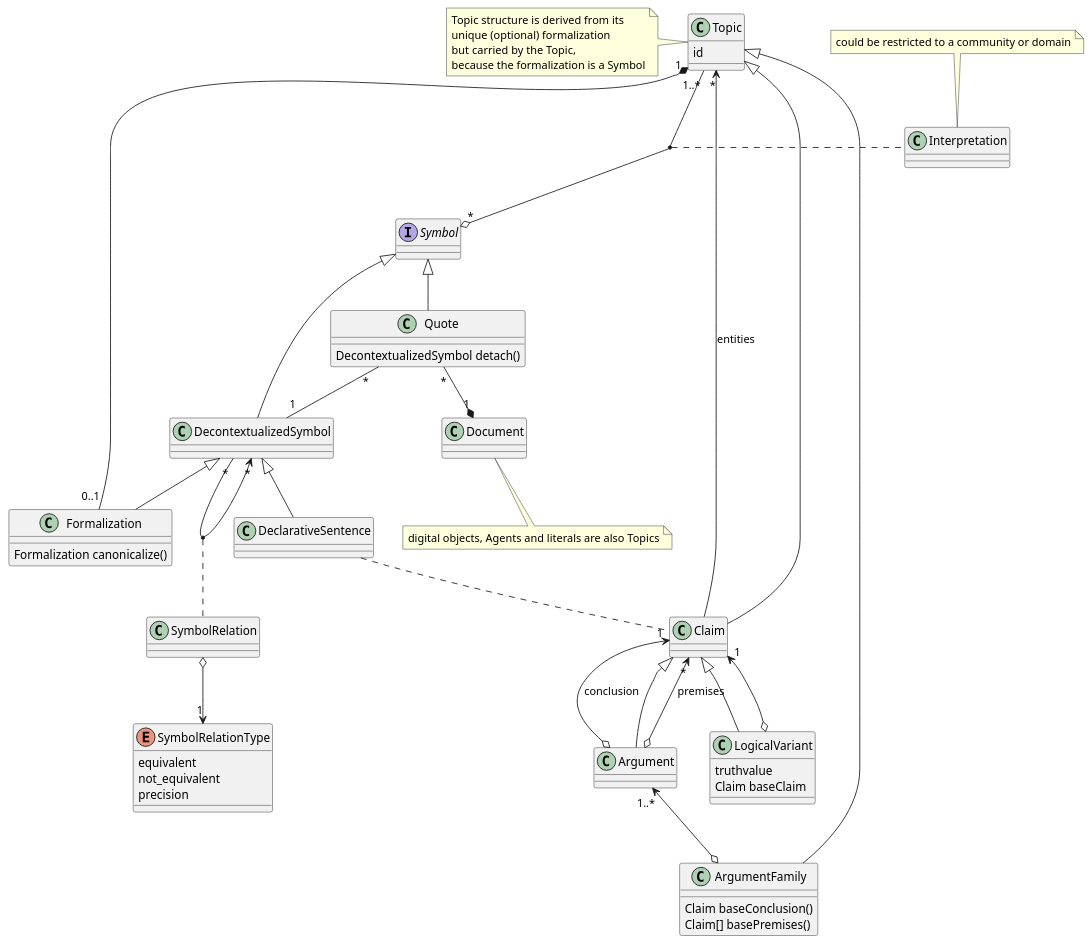
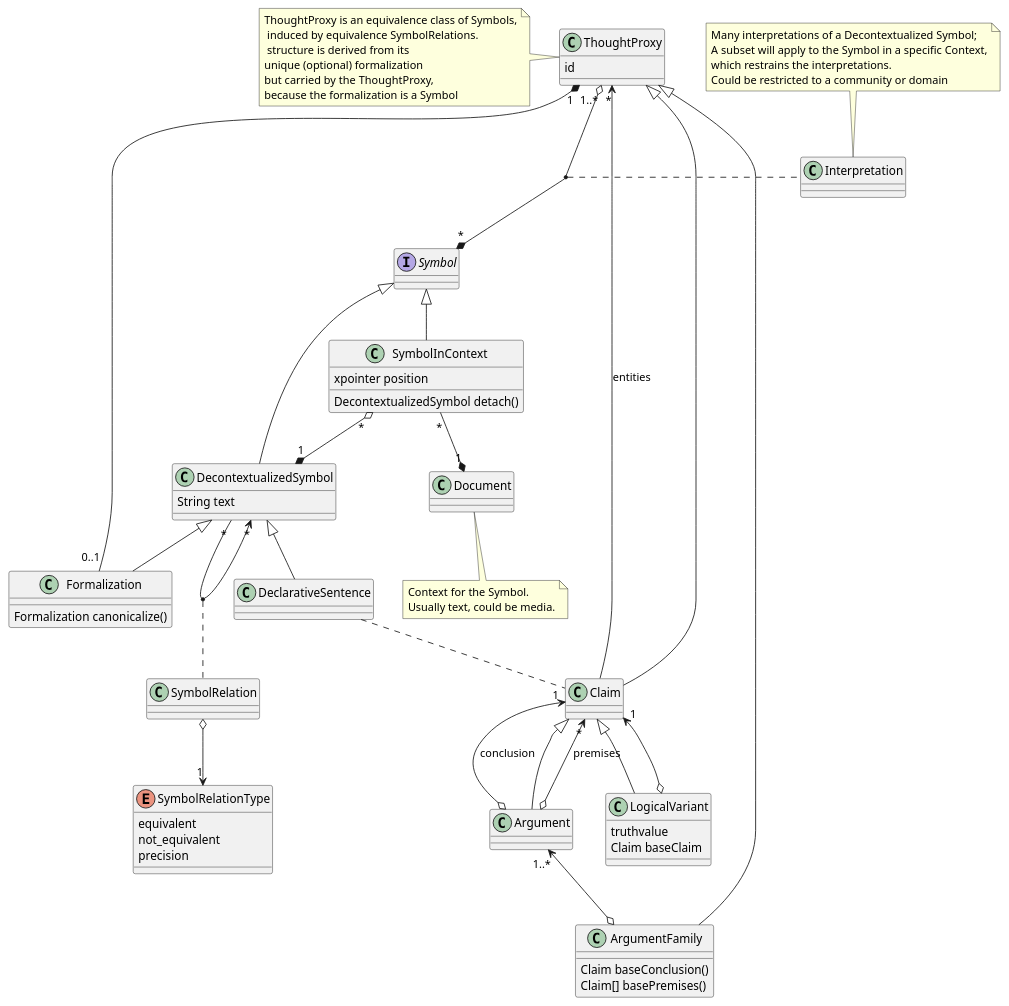
One commit to canonical-debate-lab/cd-domain-model changed the diagram in diagram/map.puml. Above: the diagram before and after it, drawn with PlantUML.

Commit message:
A few class renames, more comments

```diff
--- a/diagram/map.puml
+++ b/diagram/map.puml
@@ -1,76 +1,90 @@
 @startuml
 
-class Topic {
+interface Topic {
   id
 }
-note left: Topic structure is derived from its \nunique (optional) formalization\nbut carried by the Topic,\nbecause the formalization is a Symbol
 
-Topic "1..*" --o "*" Symbol
-(Topic , Symbol) . Interpretation
+hide Topic
+
+class ThoughtProxy {
+  id
+}
+
+Topic <|-- ThoughtProxy
+
+note left: ThoughtProxy is an equivalence class of Symbols,\n induced by equivalence SymbolRelations.\n structure is derived from its \nunique (optional) formalization\nbut carried by the ThoughtProxy,\nbecause the formalization is a Symbol
+
+ThoughtProxy "1..*" o--* "*" Symbol
+(ThoughtProxy , Symbol) . Interpretation
 class Interpretation {}
-note top: could be restricted to a community or domain
+note top: Many interpretations of a Decontextualized Symbol;\nA subset will apply to the Symbol in a specific Context,\nwhich restrains the interpretations.\nCould be restricted to a community or domain
+
+class DecontextualizedSymbol {
+  String text
+}
 
 DecontextualizedSymbol <|-- Formalization
 
 class Formalization {
   Formalization canonicalize()
 }
 
-Topic "1" *-- "0..1" Formalization
+ThoughtProxy "1" *-- "0..1" Formalization
 
-Topic <|-- Claim
+ThoughtProxy <|-- Claim
 
 DecontextualizedSymbol "*" --> "*" DecontextualizedSymbol
 (DecontextualizedSymbol , DecontextualizedSymbol) . SymbolRelation
 DecontextualizedSymbol <|-- DeclarativeSentence
 
 SymbolRelation o--> "1" SymbolRelationType
 
 enum SymbolRelationType {
   equivalent
   not_equivalent
   precision
 }
 
-Quote "*" -- "1" DecontextualizedSymbol
-Quote "*" --* "1" Document
+SymbolInContext "*" o--* "1" DecontextualizedSymbol
+SymbolInContext "*" --* "1" Document
 
 interface Symbol
 Symbol <|-- DecontextualizedSymbol
-Symbol <|-- Quote
+Symbol <|-- SymbolInContext
 
-class Quote {
+class SymbolInContext {
+  xpointer position
   DecontextualizedSymbol detach()
 }
 
 class Document {
-
 }
-note bottom: digital objects, Agents and literals are also Topics
+note bottom: Context for the Symbol.\nUsually text, could be media.
+' Digital objects, Agents and literals are also Topics
 
 
 Claim <|-- Argument
 
-Topic "*" <-- Claim : entities
+ThoughtProxy "*" <-- Claim : entities
 Argument o--> "*" Claim : premises
 Argument o--> "1" Claim : conclusion
 
 Claim <|-- LogicalVariant
 Claim "1" <--o LogicalVariant
 
 DeclarativeSentence .. Claim
 
 class LogicalVariant {
   truthvalue
   Claim baseClaim
 }
 
 class ArgumentFamily {
   Claim baseConclusion()
   Claim[] basePremises()
 }
 
 Argument "1..*" <--o ArgumentFamily
-Topic <|-- ArgumentFamily
+ThoughtProxy <|-- ArgumentFamily
 
 @enduml
```
